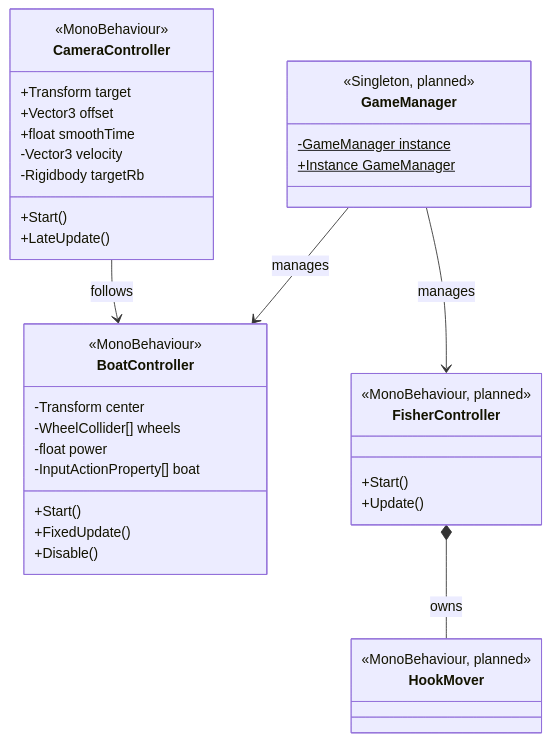
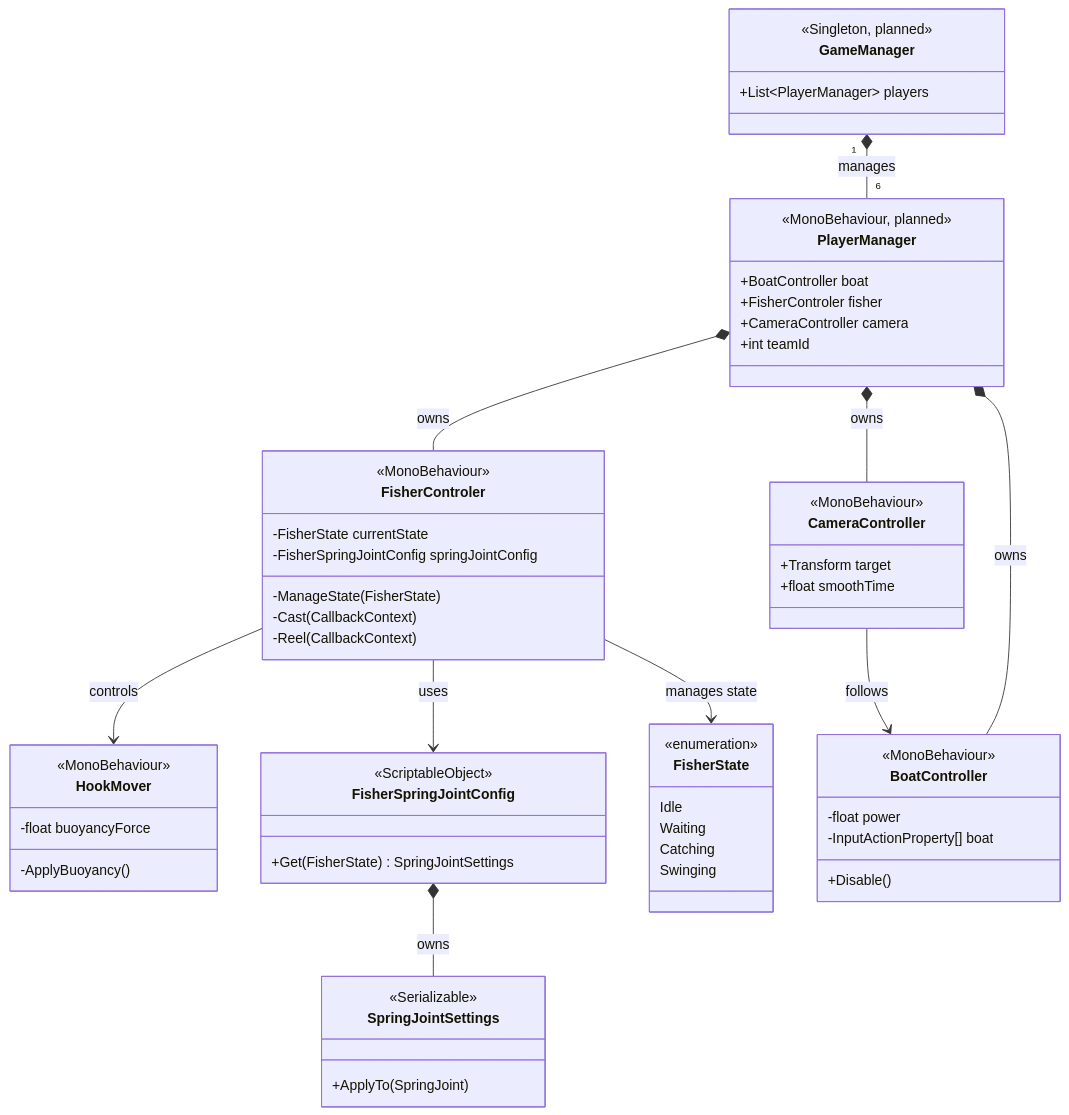
One commit to guriguri00451/alounity changed the first of 2 diagrams in docs/04_ClassDiagram.md. Above: the diagram before and after it, drawn with Mermaid. The commit also changed other lines of this file and 3 other files, not shown here.

````diff
--- a/docs/04_ClassDiagram.md
+++ b/docs/04_ClassDiagram.md
@@ -7,45 +7,71 @@
 ```mermaid
 classDiagram
+    class FisherControler {
+        <<MonoBehaviour>>
+        -FisherState currentState
+        -FisherSpringJointConfig springJointConfig
+        -ManageState(FisherState)
+        -Cast(CallbackContext)
+        -Reel(CallbackContext)
+    }
+
+    class HookMover {
+        <<MonoBehaviour>>
+        -float buoyancyForce
+        -ApplyBuoyancy()
+    }
+
+    class FisherSpringJointConfig {
+        <<ScriptableObject>>
+        +Get(FisherState) SpringJointSettings
+    }
+
+    class SpringJointSettings {
+        <<Serializable>>
+        +ApplyTo(SpringJoint)
+    }
+
+    class FisherState {
+        <<enumeration>>
+        Idle
+        Waiting
+        Catching
+        Swinging
+    }
+
     class BoatController {
         <<MonoBehaviour>>
-        -Transform center
-        -WheelCollider[] wheels
         -float power
         -InputActionProperty[] boat
-        +Start()
-        +FixedUpdate()
         +Disable()
     }
 
     class CameraController {
         <<MonoBehaviour>>
         +Transform target
-        +Vector3 offset
         +float smoothTime
-        -Vector3 velocity
-        -Rigidbody targetRb
-        +Start()
-        +LateUpdate()
     }
 
-    class FisherController {
+    class PlayerManager {
         <<MonoBehaviour, planned>>
-        +Start()
-        +Update()
-    }
-
-    class HookMover {
-        <<MonoBehaviour, planned>>
+        +BoatController boat
+        +FisherControler fisher
+        +CameraController camera
+        +int teamId
     }
 
     class GameManager {
         <<Singleton, planned>>
-        -GameManager instance$
-        +Instance GameManager$
+        +List~PlayerManager~ players
     }
 
+    FisherControler --> HookMover : controls
+    FisherControler --> FisherSpringJointConfig : uses
+    FisherControler --> FisherState : manages state
+    FisherSpringJointConfig *-- SpringJointSettings : owns
     CameraController --> BoatController : follows
-    FisherController *-- HookMover : owns
-    GameManager --> BoatController : manages
-    GameManager --> FisherController : manages
+    PlayerManager *-- BoatController : owns
+    PlayerManager *-- FisherControler : owns
+    PlayerManager *-- CameraController : owns
+    GameManager "1" *-- "6" PlayerManager : manages
 ```
````
